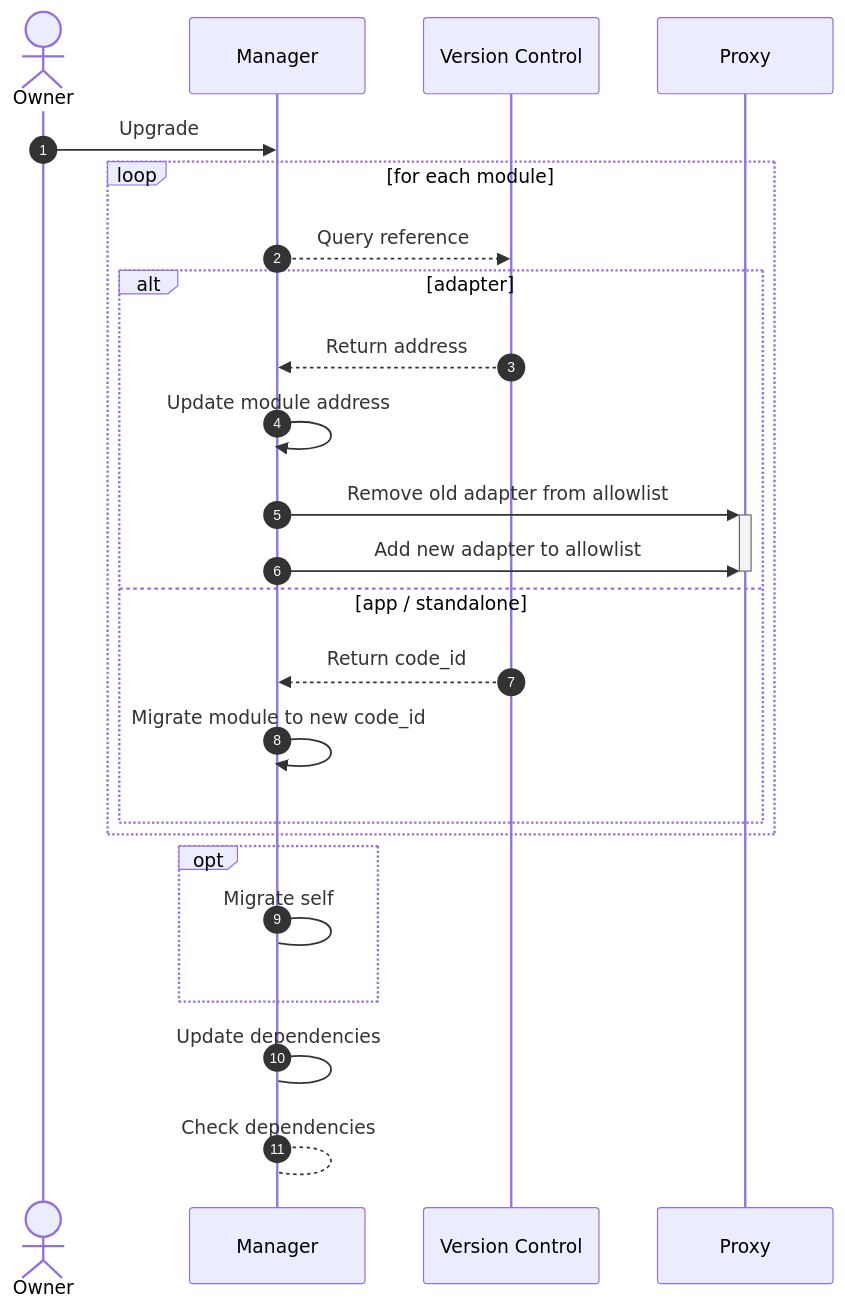
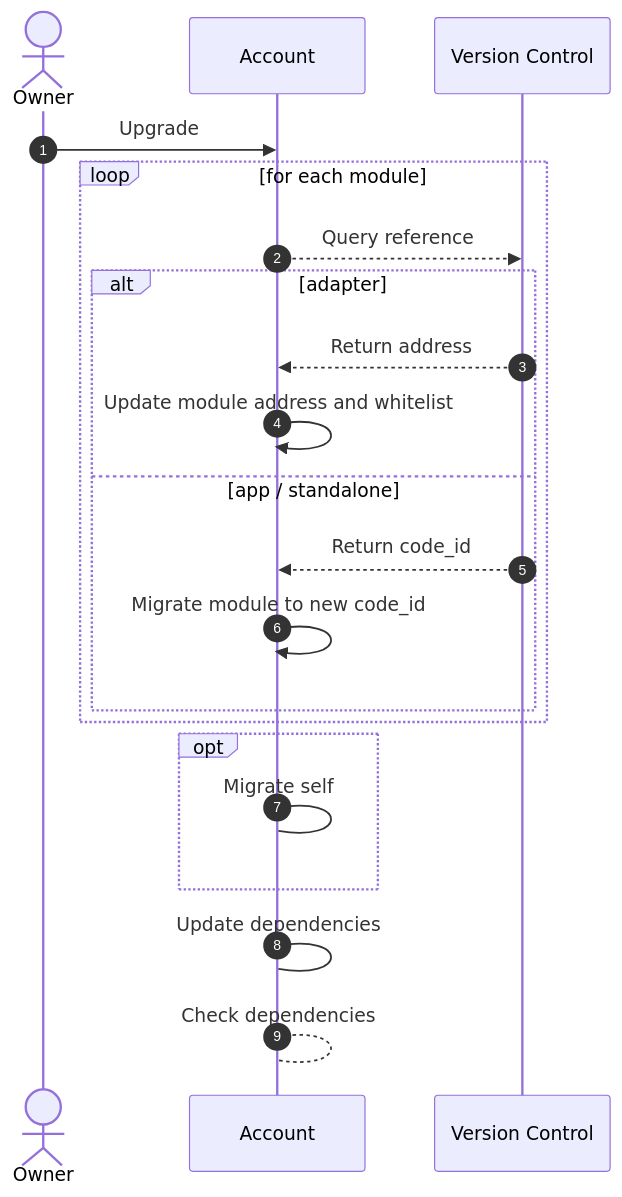
The second of 2 diagrams in framework/docs/src/3_framework/7_upgradability.md (AbstractSDK/abstract), drawn with Mermaid before and after one commit. The commit also changed other lines of this file and 15 other files, not shown here.

````diff
--- a/framework/docs/src/3_framework/7_upgradability.md
+++ b/framework/docs/src/3_framework/7_upgradability.md
@@ -49,28 +49,24 @@
 ```mermaid
 sequenceDiagram
     autonumber
     actor U as Owner
-    participant M as Manager
+    participant A as Account
     participant VC as Version Control
-    participant P as Proxy
-    U ->> M: Upgrade
+    U ->> A: Upgrade
     loop for each module
-        M -->> VC: Query reference
+        A -->> VC: Query reference
         alt adapter
-            VC -->> M: Return address
-            M ->> M: Update module address
-            M ->>+ P: Remove old adapter from allowlist
-            M ->> P: Add new adapter to allowlist
-            deactivate P
+            VC -->> A: Return address
+            A ->> A: Update module address and whitelist
         else app / standalone
-            VC -->> M: Return code_id
-            M ->> M: Migrate module to new code_id
+            VC -->> A: Return code_id
+            A ->> A: Migrate module to new code_id
         end
     end
 
     opt
-        M -> M: Migrate self
+        A -> A: Migrate self
     end
-    M -> M: Update dependencies
-    M --> M: Check dependencies  
+    A -> A: Update dependencies
+    A --> A: Check dependencies  
 ```
````
